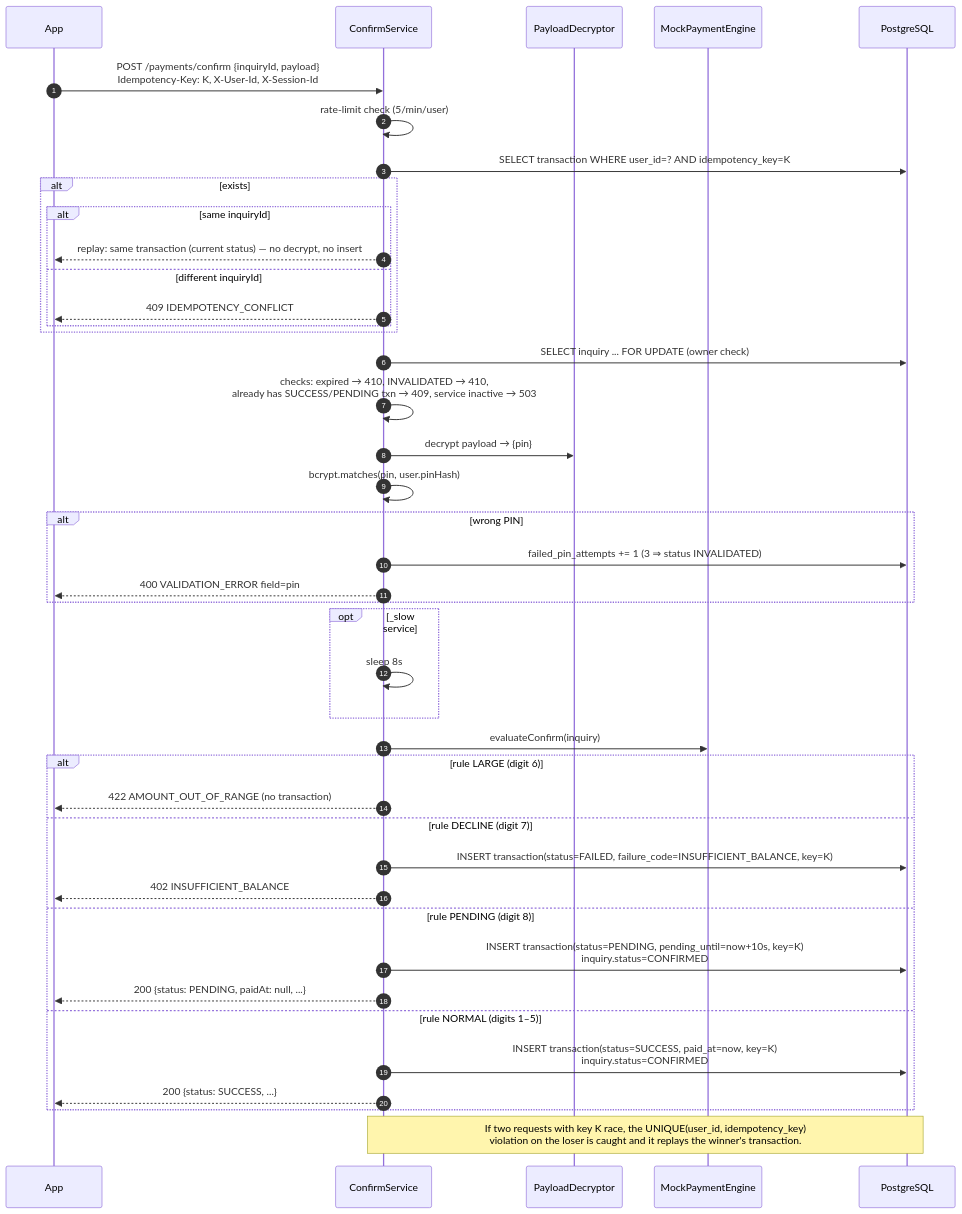
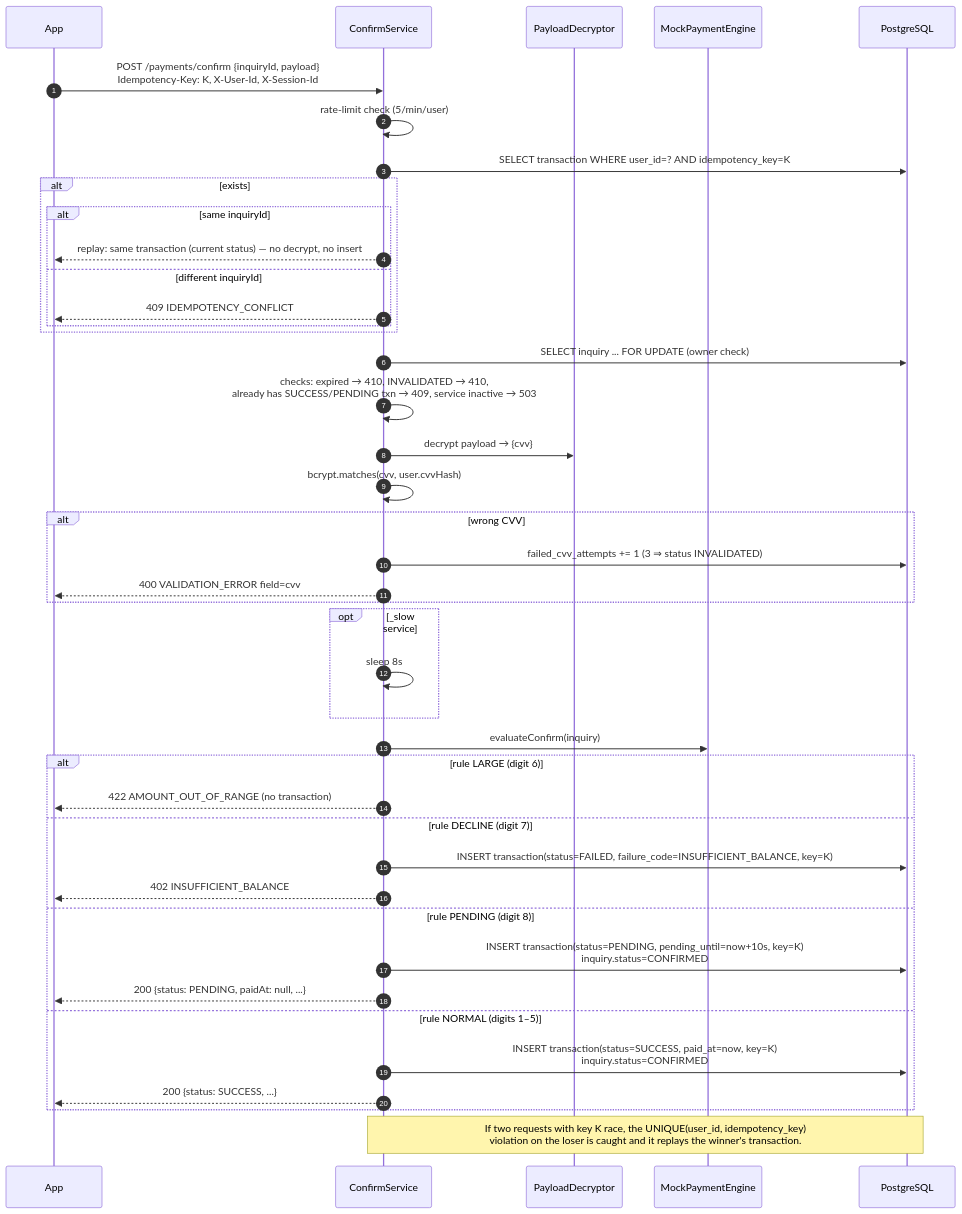
The eighth of 11 diagrams in docs/HLD.md (M-o-m-e-n/Momkn-pay-backend), drawn with Mermaid before and after one commit. The commit also changed other lines of this file and 10 other files, not shown here.

````diff
--- a/docs/HLD.md
+++ b/docs/HLD.md
@@ -322,45 +322,45 @@
 ```mermaid
 sequenceDiagram
     autonumber
     participant App
     participant CS as ConfirmService
     participant PD as PayloadDecryptor
     participant ENG as MockPaymentEngine
     participant DB as PostgreSQL
 
     App->>CS: POST /payments/confirm {inquiryId, payload}<br/>Idempotency-Key: K, X-User-Id, X-Session-Id
     CS->>CS: rate-limit check (5/min/user)
     CS->>DB: SELECT transaction WHERE user_id=? AND idempotency_key=K
     alt exists
         alt same inquiryId
             CS-->>App: replay: same transaction (current status) — no decrypt, no insert
         else different inquiryId
             CS-->>App: 409 IDEMPOTENCY_CONFLICT
         end
     end
     CS->>DB: SELECT inquiry ... FOR UPDATE (owner check)
     CS->>CS: checks: expired → 410, INVALIDATED → 410,<br/>already has SUCCESS/PENDING txn → 409, service inactive → 503
-    CS->>PD: decrypt payload → {pin}
-    CS->>CS: bcrypt.matches(pin, user.pinHash)
-    alt wrong PIN
-        CS->>DB: failed_pin_attempts += 1 (3 ⇒ status INVALIDATED)
-        CS-->>App: 400 VALIDATION_ERROR field=pin
+    CS->>PD: decrypt payload → {cvv}
+    CS->>CS: bcrypt.matches(cvv, user.cvvHash)
+    alt wrong CVV
+        CS->>DB: failed_cvv_attempts += 1 (3 ⇒ status INVALIDATED)
+        CS-->>App: 400 VALIDATION_ERROR field=cvv
     end
     opt _slow service
         CS->>CS: sleep 8s
     end
     CS->>ENG: evaluateConfirm(inquiry)
     alt rule LARGE (digit 6)
         CS-->>App: 422 AMOUNT_OUT_OF_RANGE (no transaction)
     else rule DECLINE (digit 7)
         CS->>DB: INSERT transaction(status=FAILED, failure_code=INSUFFICIENT_BALANCE, key=K)
         CS-->>App: 402 INSUFFICIENT_BALANCE
     else rule PENDING (digit 8)
         CS->>DB: INSERT transaction(status=PENDING, pending_until=now+10s, key=K)<br/>inquiry.status=CONFIRMED
         CS-->>App: 200 {status: PENDING, paidAt: null, ...}
     else rule NORMAL (digits 1–5)
         CS->>DB: INSERT transaction(status=SUCCESS, paid_at=now, key=K)<br/>inquiry.status=CONFIRMED
         CS-->>App: 200 {status: SUCCESS, ...}
     end
     Note over CS,DB: If two requests with key K race, the UNIQUE(user_id, idempotency_key)<br/>violation on the loser is caught and it replays the winner's transaction.
 ```
````
